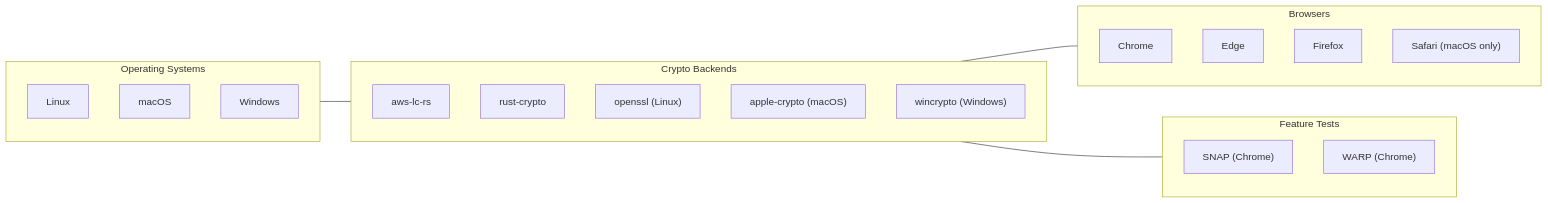
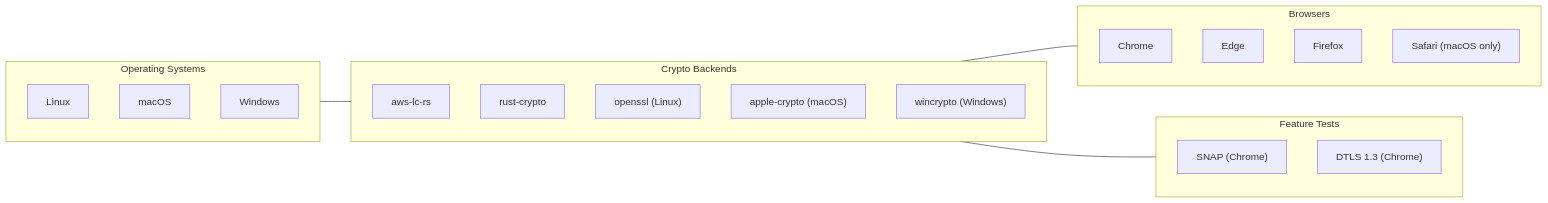
Before and after one commit to xnorpx/str0m_browser_integration_tests: the ninth of 10 diagrams in README.md, drawn with Mermaid. The commit also changed other lines of this file, not shown here.

Commit message:
docs: Shift focus purely to DTLS 1.3 and SNAP optimizations

````diff
--- a/README.md
+++ b/README.md
@@ -319,32 +319,32 @@
 ```mermaid
 graph LR
     subgraph OS["Operating Systems"]
         Linux
         macOS
         Windows
     end
 
     subgraph Crypto["Crypto Backends"]
         aws["aws-lc-rs"]
         rust["rust-crypto"]
         ossl["openssl (Linux)"]
         apple["apple-crypto (macOS)"]
         win["wincrypto (Windows)"]
     end
 
     subgraph Browsers["Browsers"]
         Chrome
         Edge
         Firefox
         Safari["Safari (macOS only)"]
     end
 
     subgraph Features["Feature Tests"]
         SNAP["SNAP (Chrome)"]
-        WARP["WARP (Chrome)"]
+        DTLS13["DTLS 1.3 (Chrome)"]
     end
 
     OS --- Crypto
     Crypto --- Browsers
     Crypto --- Features
 ```
````
